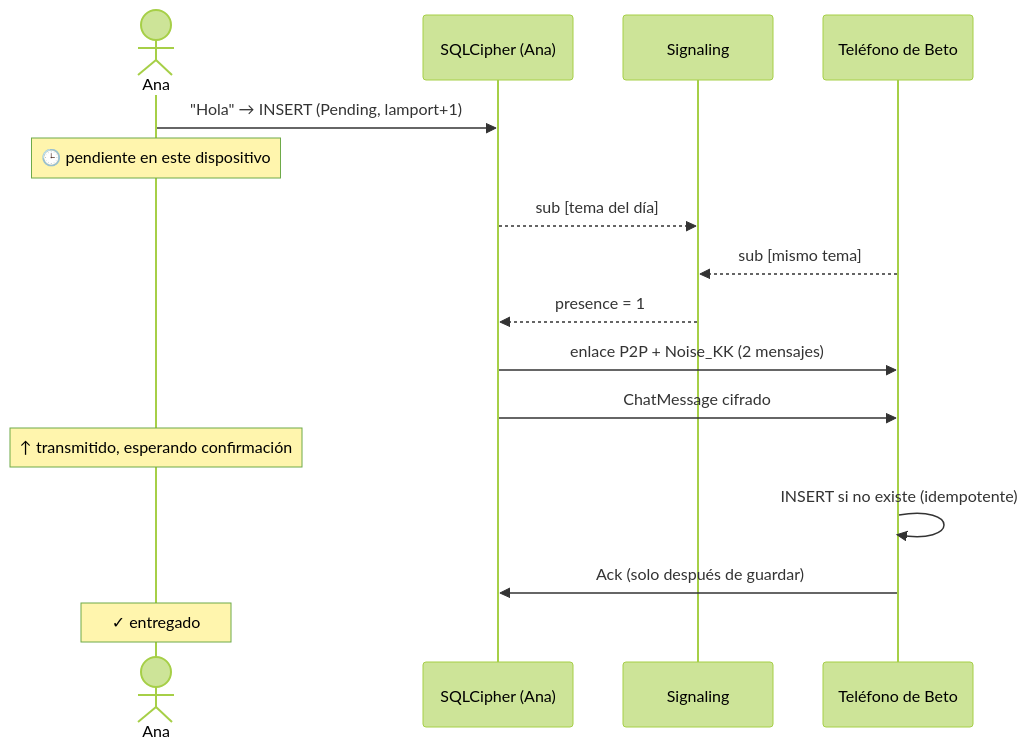
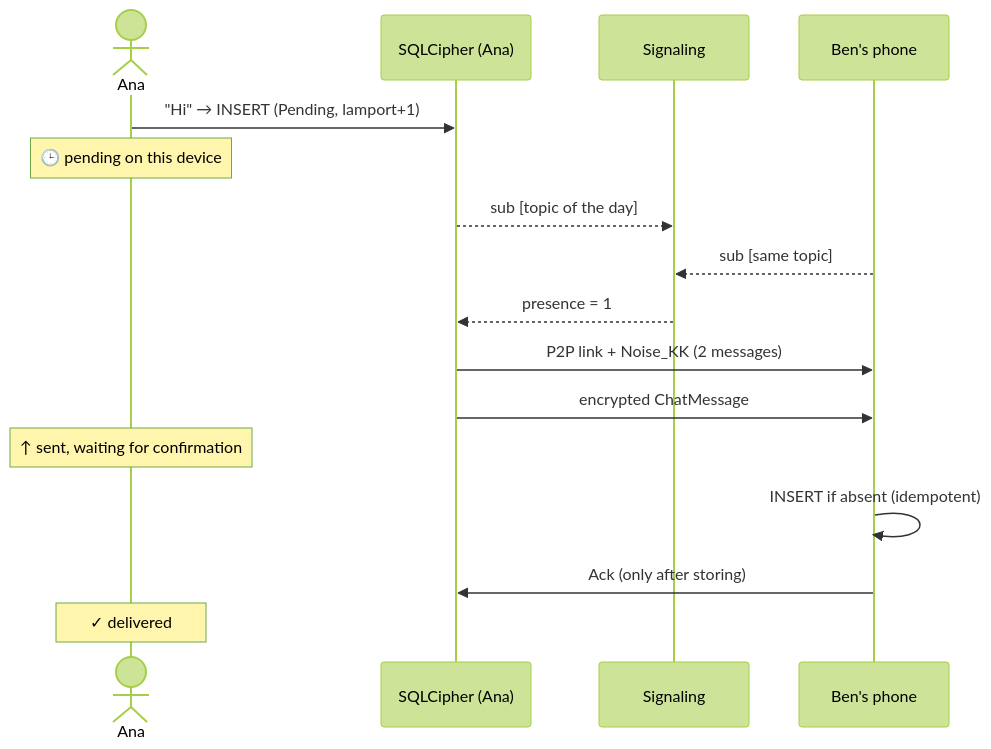
One commit to fsoftt/Murmur changed the second of 4 diagrams in README.md. Above: the diagram before and after it, drawn with Mermaid (forest theme). The commit also changed other lines of this file and 1 other file, not shown here.

````diff
--- a/README.md
+++ b/README.md
@@ -102,18 +112,18 @@
 ```mermaid
 sequenceDiagram
     actor Ana
     participant DA as SQLCipher (Ana)
     participant S as Signaling
-    participant B as Teléfono de Beto
-    Ana->>DA: "Hola" → INSERT (Pending, lamport+1)
-    Note over Ana: 🕒 pendiente en este dispositivo
-    DA-->>S: sub [tema del día]
-    B-->>S: sub [mismo tema]
+    participant B as Ben's phone
+    Ana->>DA: "Hi" → INSERT (Pending, lamport+1)
+    Note over Ana: 🕒 pending on this device
+    DA-->>S: sub [topic of the day]
+    B-->>S: sub [same topic]
     S-->>DA: presence = 1
-    DA->>B: enlace P2P + Noise_KK (2 mensajes)
-    DA->>B: ChatMessage cifrado
-    Note over Ana: ↑ transmitido, esperando confirmación
-    B->>B: INSERT si no existe (idempotente)
-    B->>DA: Ack (solo después de guardar)
-    Note over Ana: ✓ entregado
+    DA->>B: P2P link + Noise_KK (2 messages)
+    DA->>B: encrypted ChatMessage
+    Note over Ana: ↑ sent, waiting for confirmation
+    B->>B: INSERT if absent (idempotent)
+    B->>DA: Ack (only after storing)
+    Note over Ana: ✓ delivered
 ```
````
